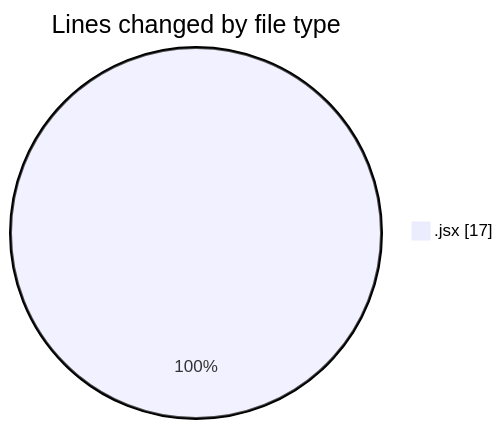
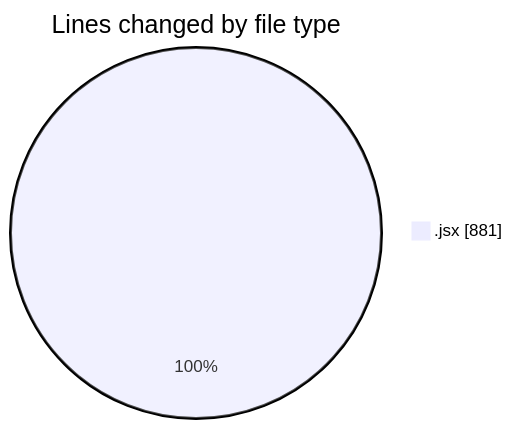
The first of 2 diagrams in 2025-06-04/nxtqube_webapp/README.md (nxtqubesakshisongat/code-tracking), drawn with Mermaid before and after one commit. The commit also changed other lines of this file and 1 other file, not shown here.

````diff
--- a/2025-06-04/nxtqube_webapp/README.md
+++ b/2025-06-04/nxtqube_webapp/README.md
@@ -20,5 +20,5 @@
 ```mermaid
 pie showData
 title Lines changed by file type
-".jsx" : 17
+".jsx" : 881
 ```
````
